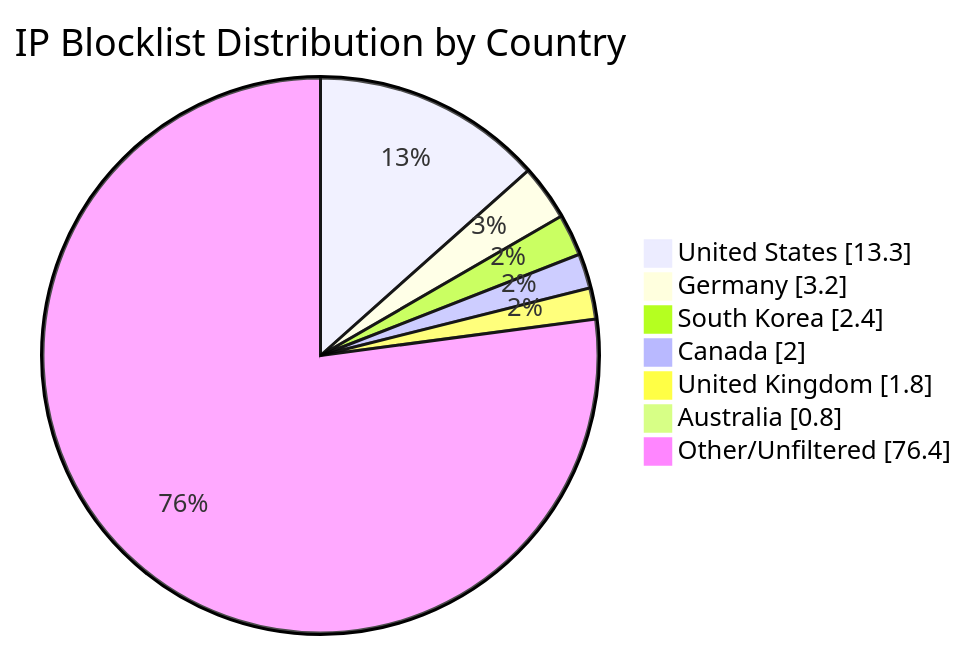
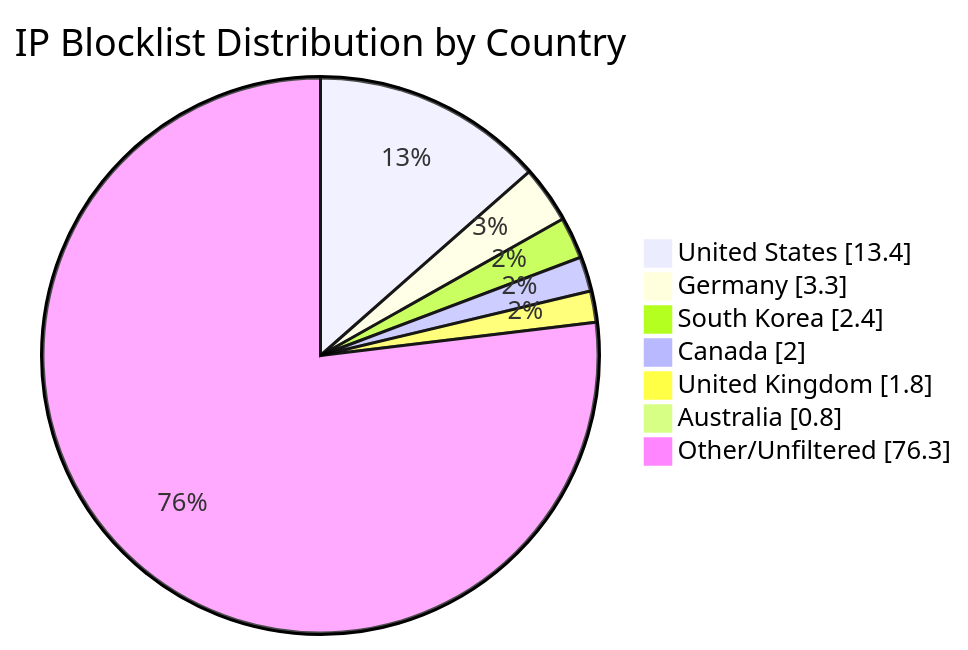
One commit to MarcusHoltz/ipblocklist-geofiltered-aggregator changed the diagram in README.md. Above: the diagram before and after it, drawn with Mermaid. The commit also changed other lines of this file and 9 other files, not shown here.

````diff
--- a/README.md
+++ b/README.md
@@ -34,10 +34,10 @@
 ```mermaid
 pie showData title IP Blocklist Distribution by Country
-"United States" : 13.3
-"Germany" : 3.2
+"United States" : 13.4
+"Germany" : 3.3
 "South Korea" : 2.4
 "Canada" : 2.0
 "United Kingdom" : 1.8
 "Australia" : 0.8
-"Other/Unfiltered" : 76.4
+"Other/Unfiltered" : 76.3
 ```
````
